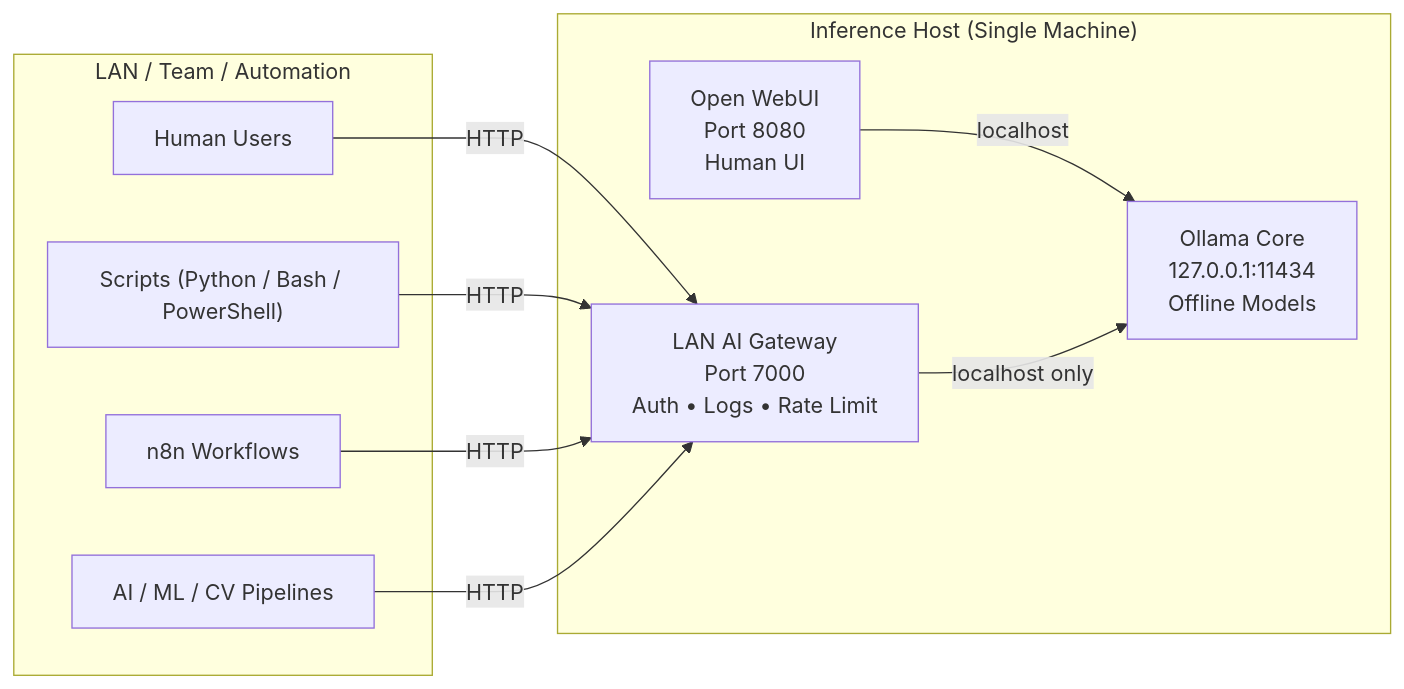
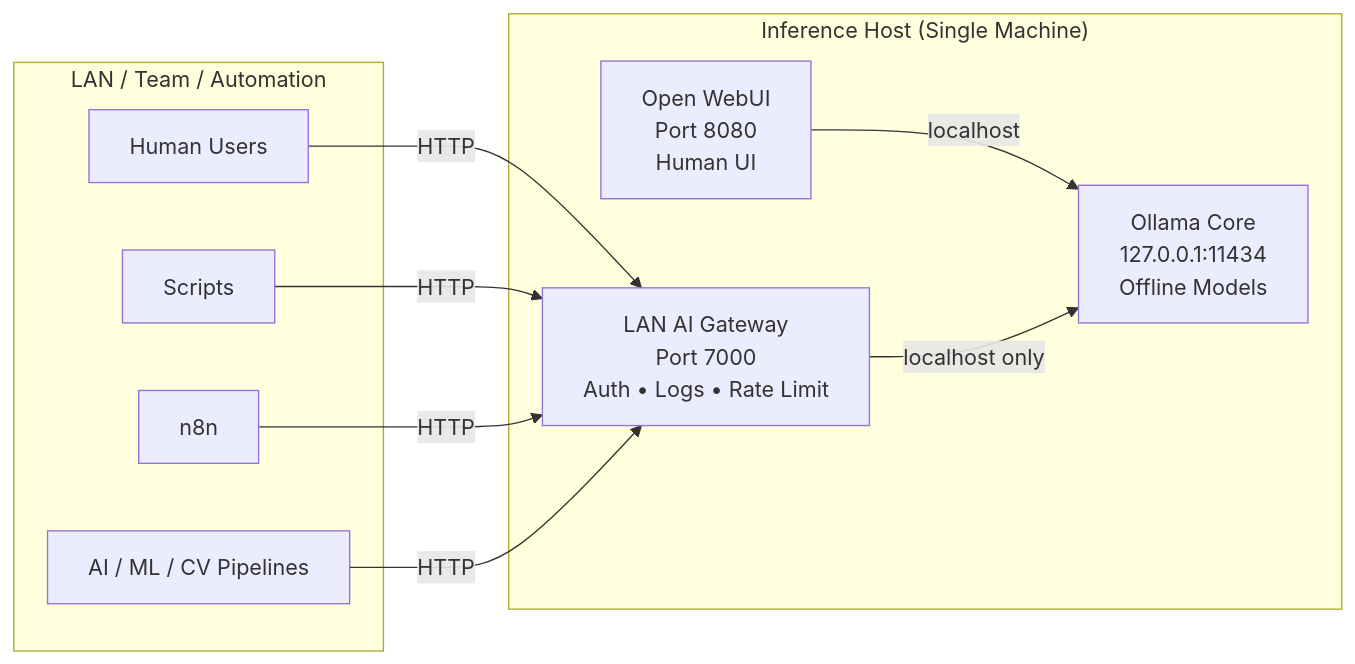
Before and after one commit to 855princekumar/ollama-lan-gateway: the diagram in README.md, drawn with Mermaid. The commit also changed other lines of this file, not shown here.

`````diff
--- a/README.md
+++ b/README.md
@@ -62,23 +63,23 @@
 ```mermaid
 flowchart LR
     subgraph Host["Inference Host (Single Machine)"]
         OLLAMA["Ollama Core\n127.0.0.1:11434\nOffline Models"]
         WEBUI["Open WebUI\nPort 8080\nHuman UI"]
         GATEWAY["LAN AI Gateway\nPort 7000\nAuth • Logs • Rate Limit"]
 
         WEBUI -->|localhost| OLLAMA
         GATEWAY -->|localhost only| OLLAMA
     end
 
     subgraph LAN["LAN / Team / Automation"]
         USERS["Human Users"]
-        SCRIPTS["Scripts (Python / Bash / PowerShell)"]
-        N8N["n8n Workflows"]
+        SCRIPTS["Scripts"]
+        N8N["n8n"]
         PIPE["AI / ML / CV Pipelines"]
     end
 
     USERS -->|HTTP| GATEWAY
     SCRIPTS -->|HTTP| GATEWAY
     N8N -->|HTTP| GATEWAY
     PIPE -->|HTTP| GATEWAY
-```
+````
`````
